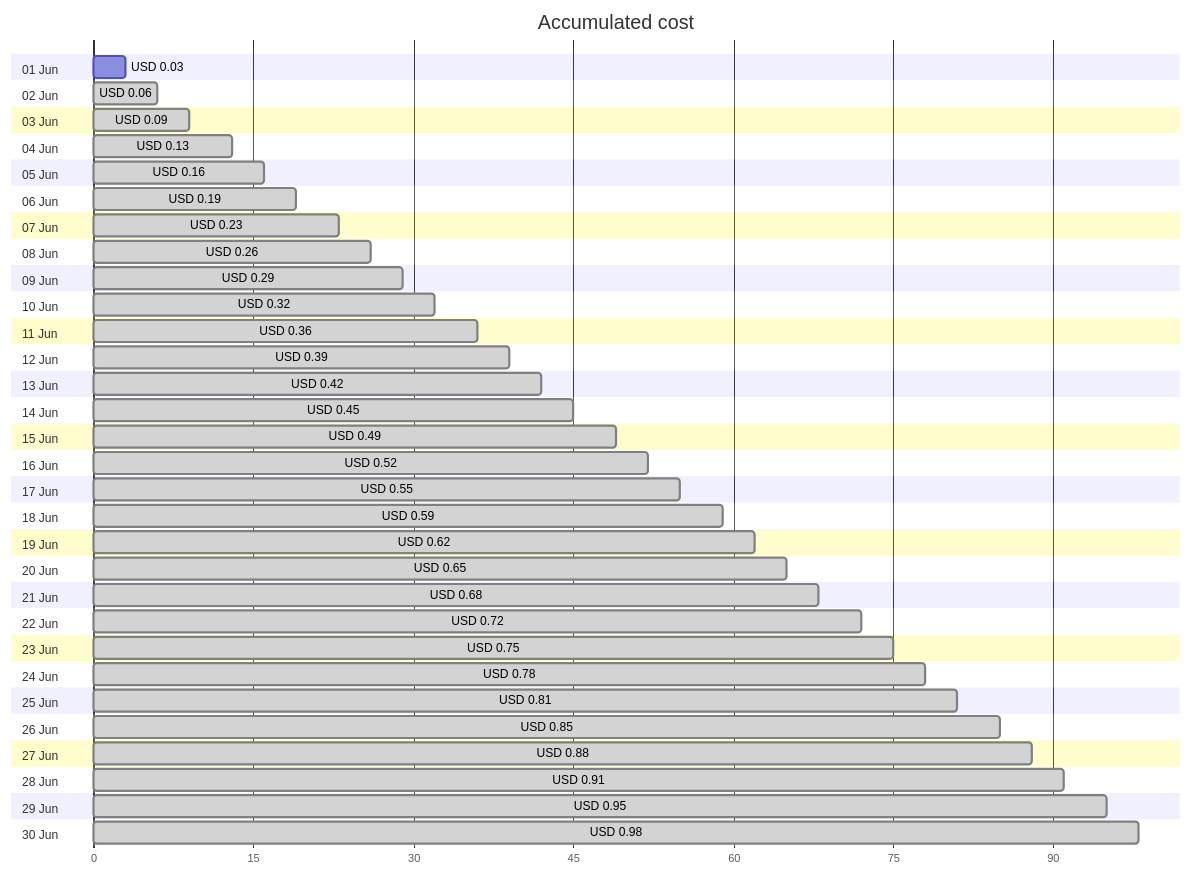
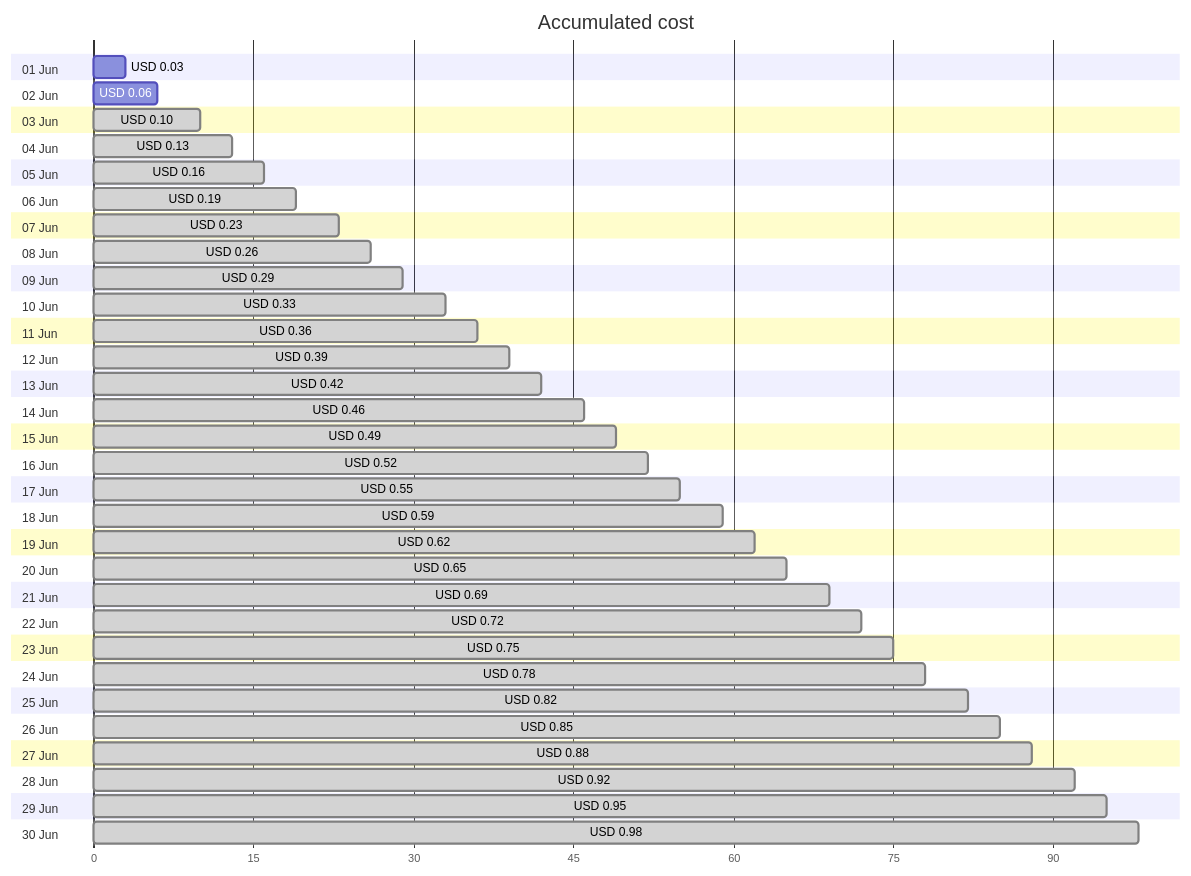
Before and after one commit to jpfulton/azure-personal-reports: the first of 4 diagrams in cost-reports/personal-dns/README.md, drawn with Mermaid. The commit also changed other lines of this file and 2 other files, not shown here.

````diff
--- a/cost-reports/personal-dns/README.md
+++ b/cost-reports/personal-dns/README.md
@@ -20,66 +20,66 @@
 ```mermaid
 gantt
    title Accumulated cost
    dateFormat  X
    axisFormat %s
    section 01 Jun
    USD 0.03 :0, 3
    section 02 Jun
-   USD 0.06 : done, 0, 6
+   USD 0.06 :0, 6
    section 03 Jun
-   USD 0.09 : done, 0, 9
+   USD 0.10 : done, 0, 10
    section 04 Jun
    USD 0.13 : done, 0, 13
    section 05 Jun
    USD 0.16 : done, 0, 16
    section 06 Jun
    USD 0.19 : done, 0, 19
    section 07 Jun
    USD 0.23 : done, 0, 23
    section 08 Jun
    USD 0.26 : done, 0, 26
    section 09 Jun
    USD 0.29 : done, 0, 29
    section 10 Jun
-   USD 0.32 : done, 0, 32
+   USD 0.33 : done, 0, 33
    section 11 Jun
    USD 0.36 : done, 0, 36
    section 12 Jun
    USD 0.39 : done, 0, 39
    section 13 Jun
    USD 0.42 : done, 0, 42
    section 14 Jun
-   USD 0.45 : done, 0, 45
+   USD 0.46 : done, 0, 46
    section 15 Jun
    USD 0.49 : done, 0, 49
    section 16 Jun
    USD 0.52 : done, 0, 52
    section 17 Jun
    USD 0.55 : done, 0, 55
    section 18 Jun
    USD 0.59 : done, 0, 59
    section 19 Jun
    USD 0.62 : done, 0, 62
    section 20 Jun
    USD 0.65 : done, 0, 65
    section 21 Jun
-   USD 0.68 : done, 0, 68
+   USD 0.69 : done, 0, 69
    section 22 Jun
    USD 0.72 : done, 0, 72
    section 23 Jun
    USD 0.75 : done, 0, 75
    section 24 Jun
    USD 0.78 : done, 0, 78
    section 25 Jun
-   USD 0.81 : done, 0, 81
+   USD 0.82 : done, 0, 82
    section 26 Jun
    USD 0.85 : done, 0, 85
    section 27 Jun
    USD 0.88 : done, 0, 88
    section 28 Jun
-   USD 0.91 : done, 0, 91
+   USD 0.92 : done, 0, 92
    section 29 Jun
    USD 0.95 : done, 0, 95
    section 30 Jun
    USD 0.98 : done, 0, 98
 ```
````
